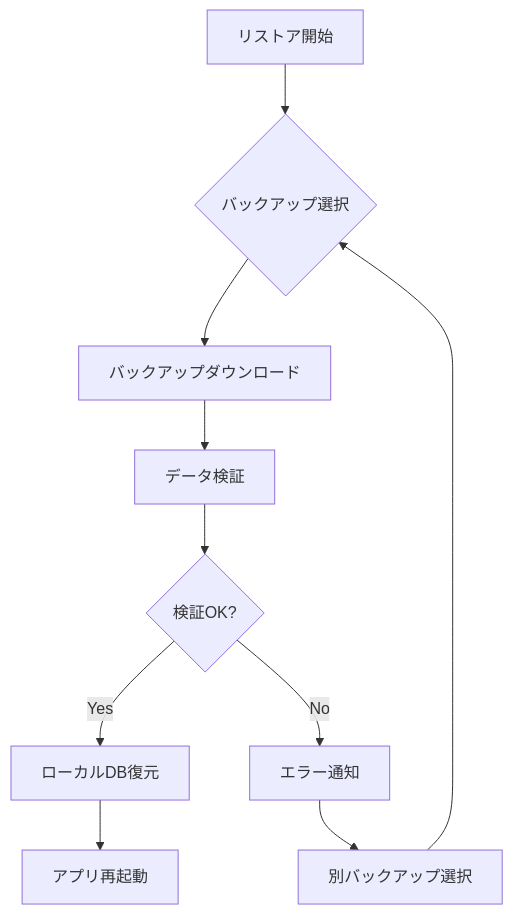
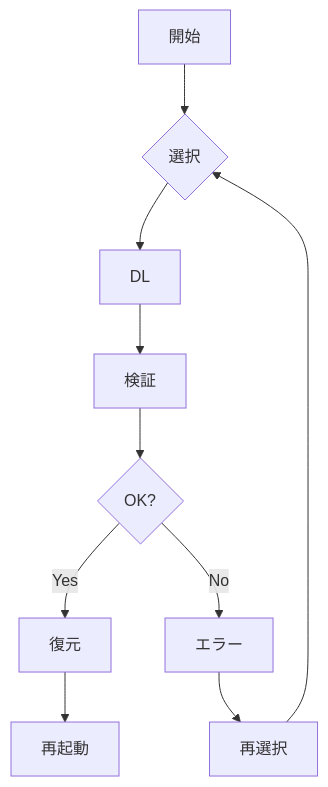
One commit to sasaibu/hdb changed the third of 4 diagrams in doc/設計資料/連携処理方式概要設計書.md. Above: the diagram before and after it, drawn with Mermaid. The commit also changed other lines of this file, not shown here.

````diff
--- a/doc/設計資料/連携処理方式概要設計書.md
+++ b/doc/設計資料/連携処理方式概要設計書.md
@@ -201,12 +192,12 @@
 ```mermaid
 flowchart TD
-    A[リストア開始] --> B{バックアップ選択}
-    B --> C[バックアップダウンロード]
-    C --> D[データ検証]
-    D --> E{検証OK?}
-    E -->|Yes| F[ローカルDB復元]
-    E -->|No| G[エラー通知]
-    F --> H[アプリ再起動]
-    G --> I[別バックアップ選択]
+    A[開始] --> B{選択}
+    B --> C[DL]
+    C --> D[検証]
+    D --> E{OK?}
+    E -->|Yes| F[復元]
+    E -->|No| G[エラー]
+    F --> H[再起動]
+    G --> I[再選択]
     I --> B
 ```
````
